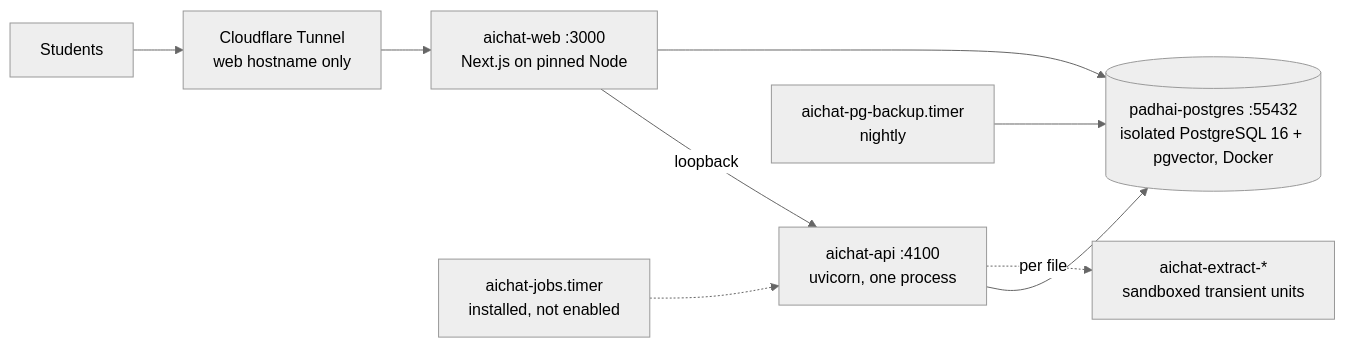
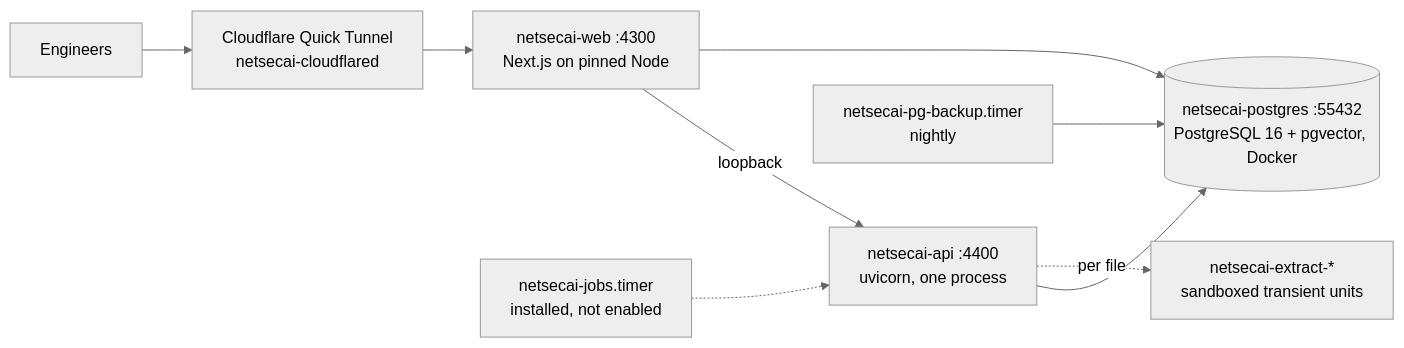
One commit to rockyNH703/AI-Tutor-NH changed the diagram in docs/operations.md. Above: the diagram before and after it, drawn with Mermaid (neutral theme). The commit also changed other lines of this file and 29 other files, not shown here.

````diff
--- a/docs/operations.md
+++ b/docs/operations.md
@@ -23,10 +21,10 @@
 ```mermaid
 flowchart LR
-  U[Students] --> CF[Cloudflare Tunnel<br/>web hostname only] --> WEB[aichat-web :3000<br/>Next.js on pinned Node]
-  WEB -->|loopback| API[aichat-api :4100<br/>uvicorn, one process]
-  API --> PG[(padhai-postgres :55432<br/>isolated PostgreSQL 16 + pgvector, Docker)]
+  U[Engineers] --> CF[Cloudflare Quick Tunnel<br/>netsecai-cloudflared] --> WEB[netsecai-web :4300<br/>Next.js on pinned Node]
+  WEB -->|loopback| API[netsecai-api :4400<br/>uvicorn, one process]
+  API --> PG[(netsecai-postgres :55432<br/>PostgreSQL 16 + pgvector, Docker)]
   WEB --> PG
-  API -.->|per file| EX[aichat-extract-*<br/>sandboxed transient units]
-  T1[aichat-pg-backup.timer<br/>nightly] --> PG
-  T2[aichat-jobs.timer<br/>installed, not enabled] -.-> API
+  API -.->|per file| EX[netsecai-extract-*<br/>sandboxed transient units]
+  T1[netsecai-pg-backup.timer<br/>nightly] --> PG
+  T2[netsecai-jobs.timer<br/>installed, not enabled] -.-> API
 ```
````
